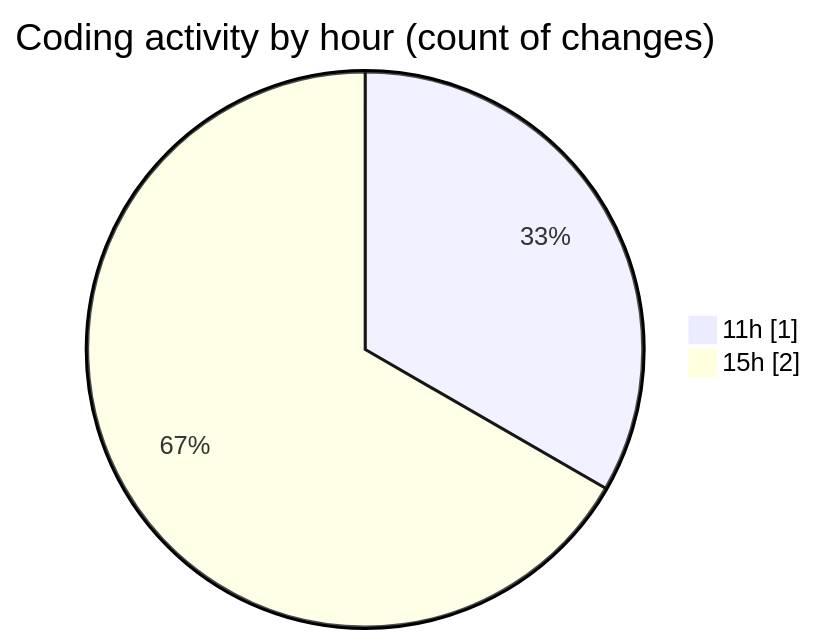
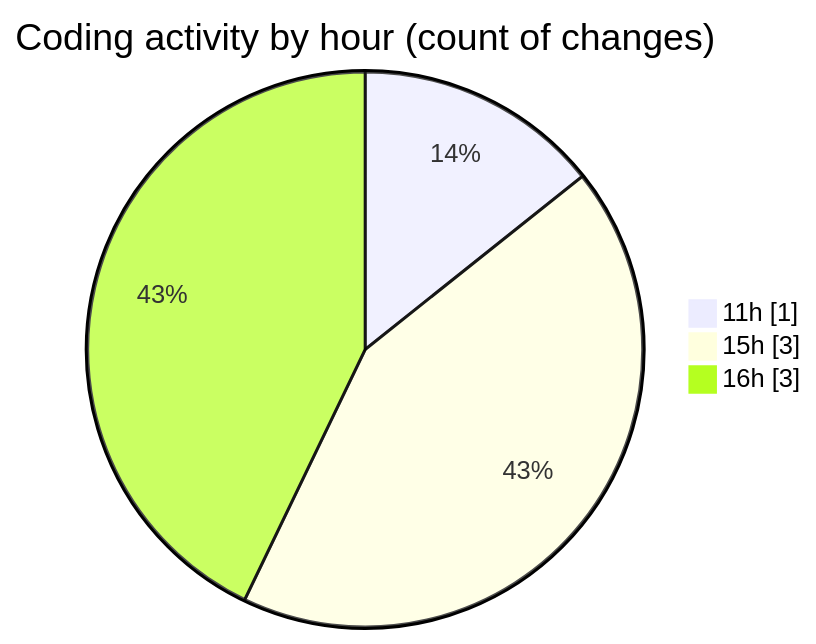
The second of 2 diagrams in 2025-10-10/cdp_aleoudev_fr__workspace_/README.md (julien-gomy/code-tracking), drawn with Mermaid before and after one commit. The commit also changed other lines of this file and 1 other file, not shown here.

````diff
--- a/2025-10-10/cdp_aleoudev_fr__workspace_/README.md
+++ b/2025-10-10/cdp_aleoudev_fr__workspace_/README.md
@@ -29,6 +30,7 @@
 ```mermaid
 pie showData
 title Coding activity by hour (count of changes)
 "11h" : 1
-"15h" : 2
+"15h" : 3
+"16h" : 3
 ```
````
